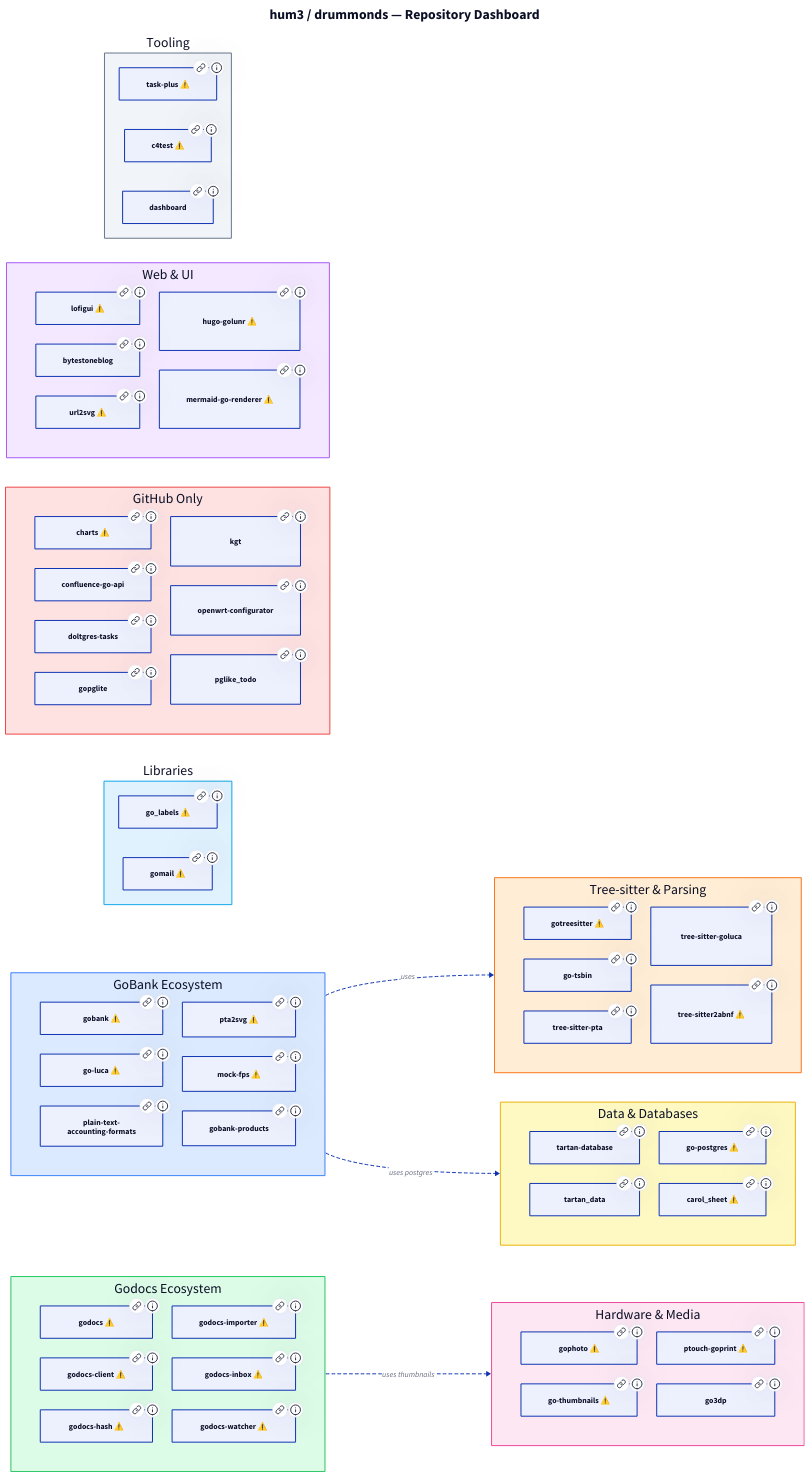
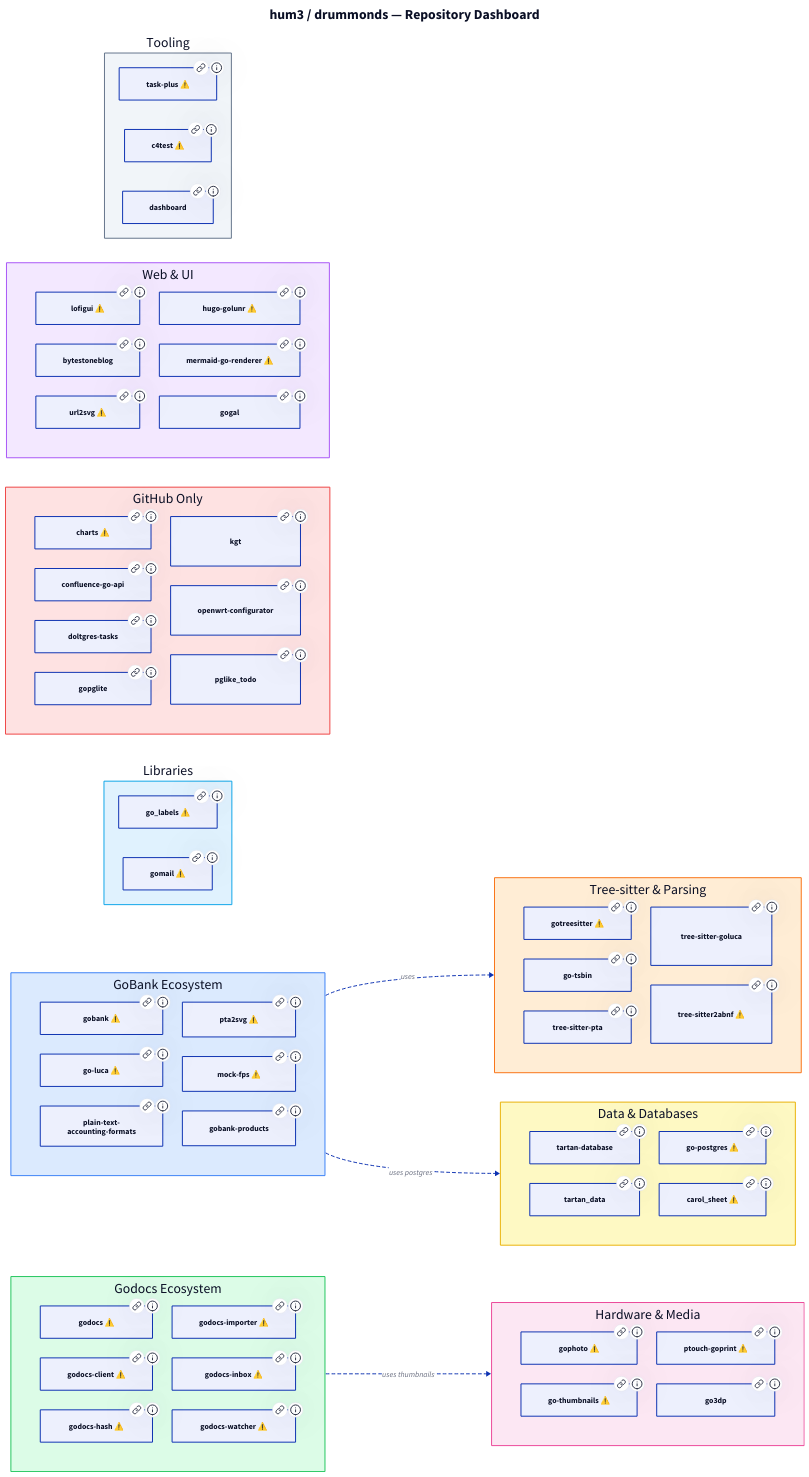
One commit to drummonds/dashboard changed the diagram in dashboard.d2. Above: the diagram before and after it, drawn with D2. The commit also changed 4 other files, not shown here.

```diff
--- a/dashboard.d2
+++ b/dashboard.d2
@@ -121,6 +121,10 @@
     link: "#mermaid-go-renderer"
     tooltip: "Fast native Go Mermaid diagram renderer"
   }
+  gg: gogal {
+    link: "#gogal"
+    tooltip: "Go graphics library inspired by pygal"
+  }
 }
 
 hardware: "Hardware & Media" {
```
